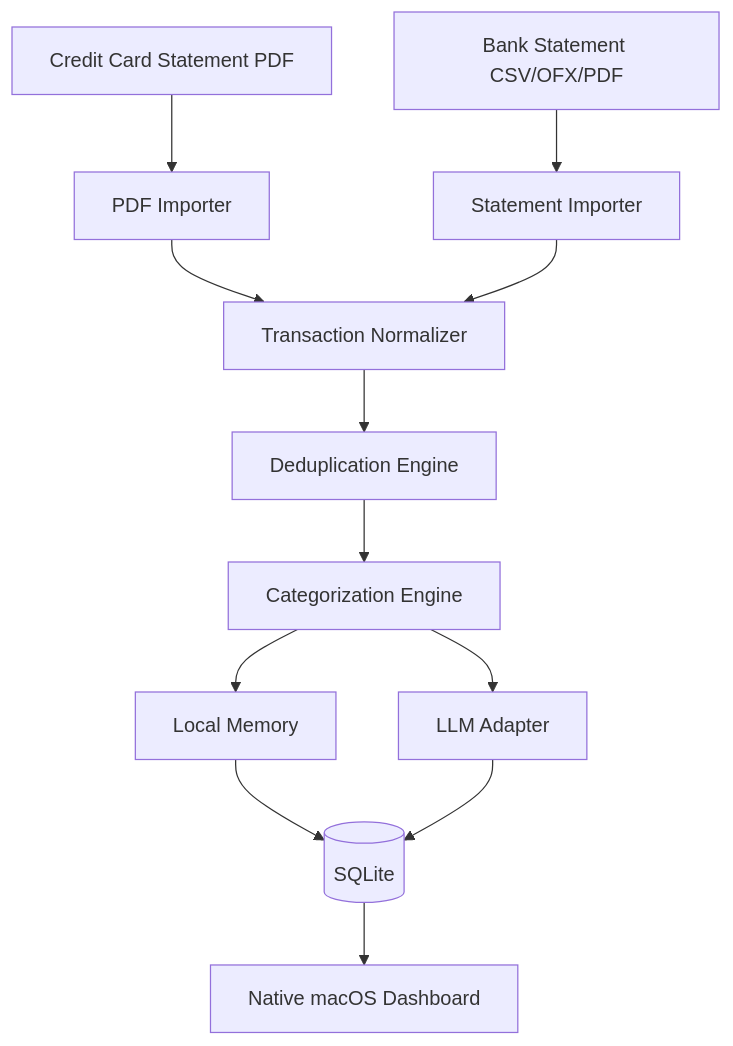
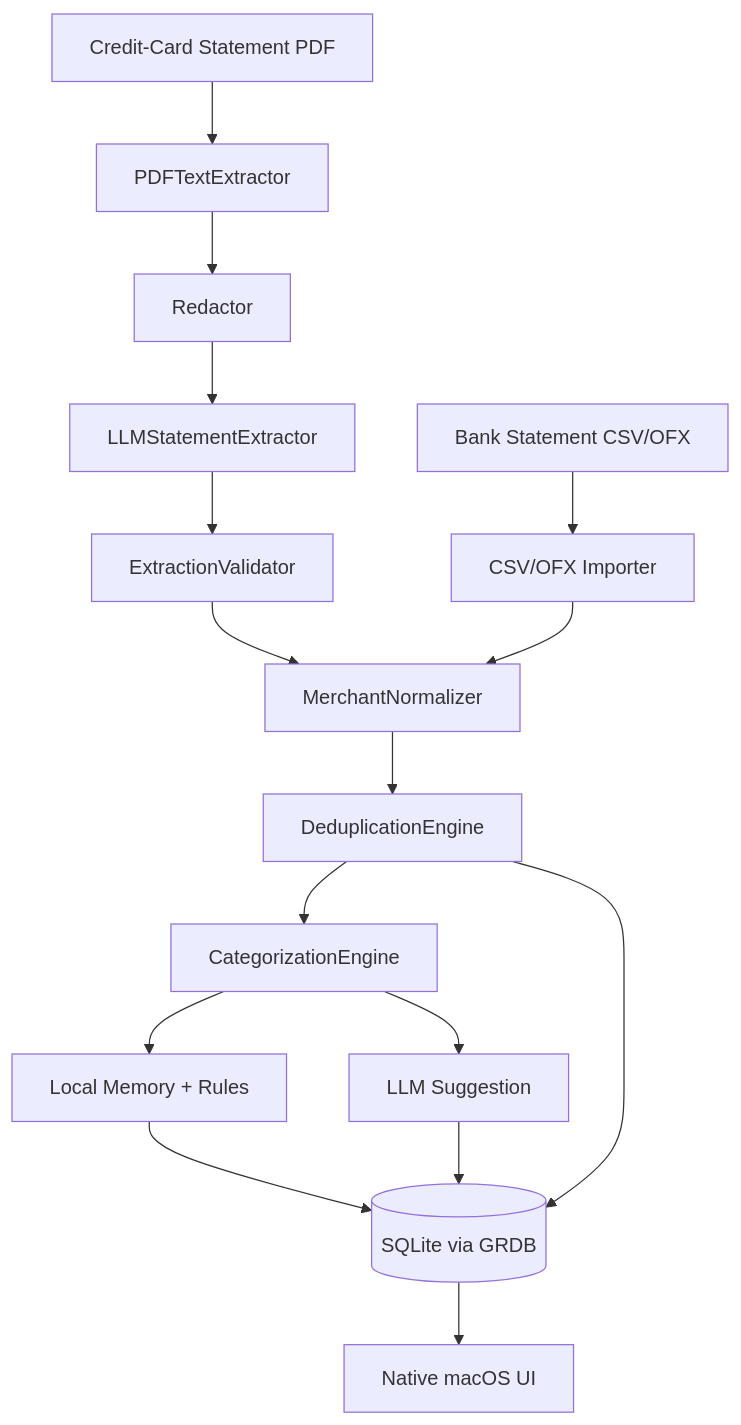
Before and after one commit to lucassarcanjo/pocketlens: the diagram in docs/architecture.md, drawn with Mermaid. The commit also changed other lines of this file and 10 other files, not shown here.

````diff
--- a/docs/architecture.md
+++ b/docs/architecture.md
@@ -7,19 +7,24 @@
 ```mermaid
 flowchart TD
-    A[Credit Card Statement PDF] --> B[PDF Importer]
-    C[Bank Statement CSV/OFX/PDF] --> D[Statement Importer]
+    A[Credit-Card Statement PDF] --> B[PDFTextExtractor]
+    B --> R[Redactor]
+    R --> L[LLMStatementExtractor]
+    L --> EV[ExtractionValidator]
 
-    B --> E[Transaction Normalizer]
-    D --> E
+    C[Bank Statement CSV/OFX] --> D[CSV/OFX Importer]
 
-    E --> F[Deduplication Engine]
-    F --> G[Categorization Engine]
+    EV --> N[MerchantNormalizer]
+    D --> N
 
-    G --> H[Local Memory]
-    G --> I[LLM Adapter]
+    N --> F[DeduplicationEngine]
+    F --> G[CategorizationEngine]
 
-    H --> J[(SQLite)]
+    G --> H[Local Memory + Rules]
+    G --> I[LLM Suggestion]
+
+    H --> J[(SQLite via GRDB)]
     I --> J
+    F --> J
 
-    J --> K[Native macOS Dashboard]
+    J --> K[Native macOS UI]
 ```
````
